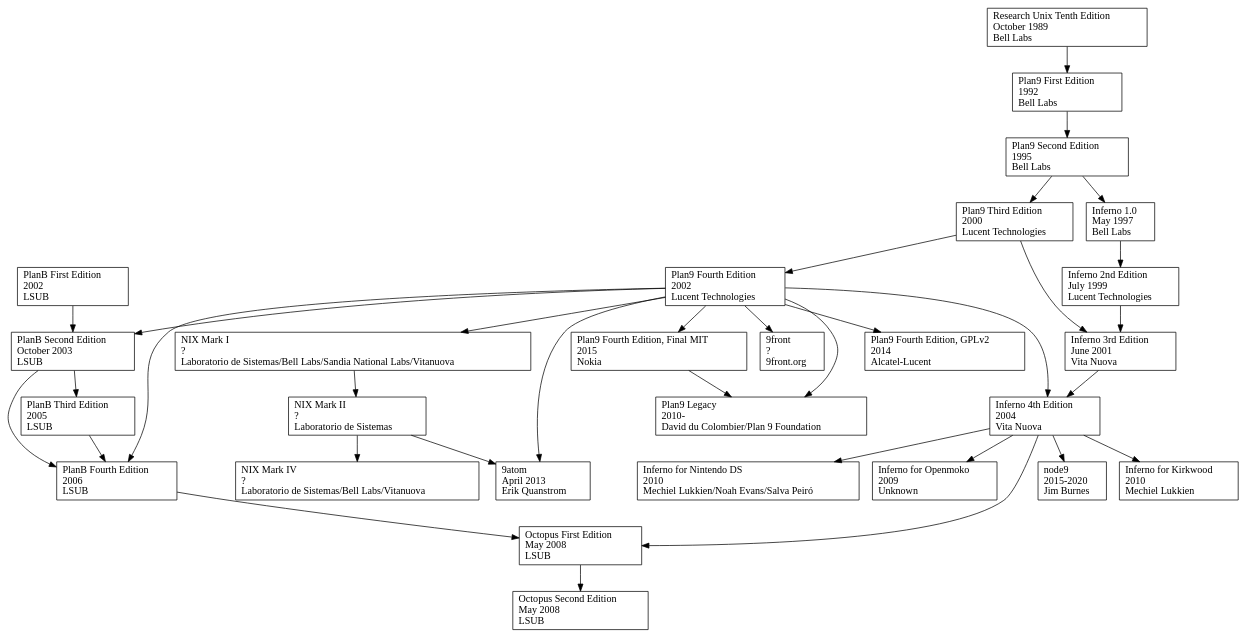
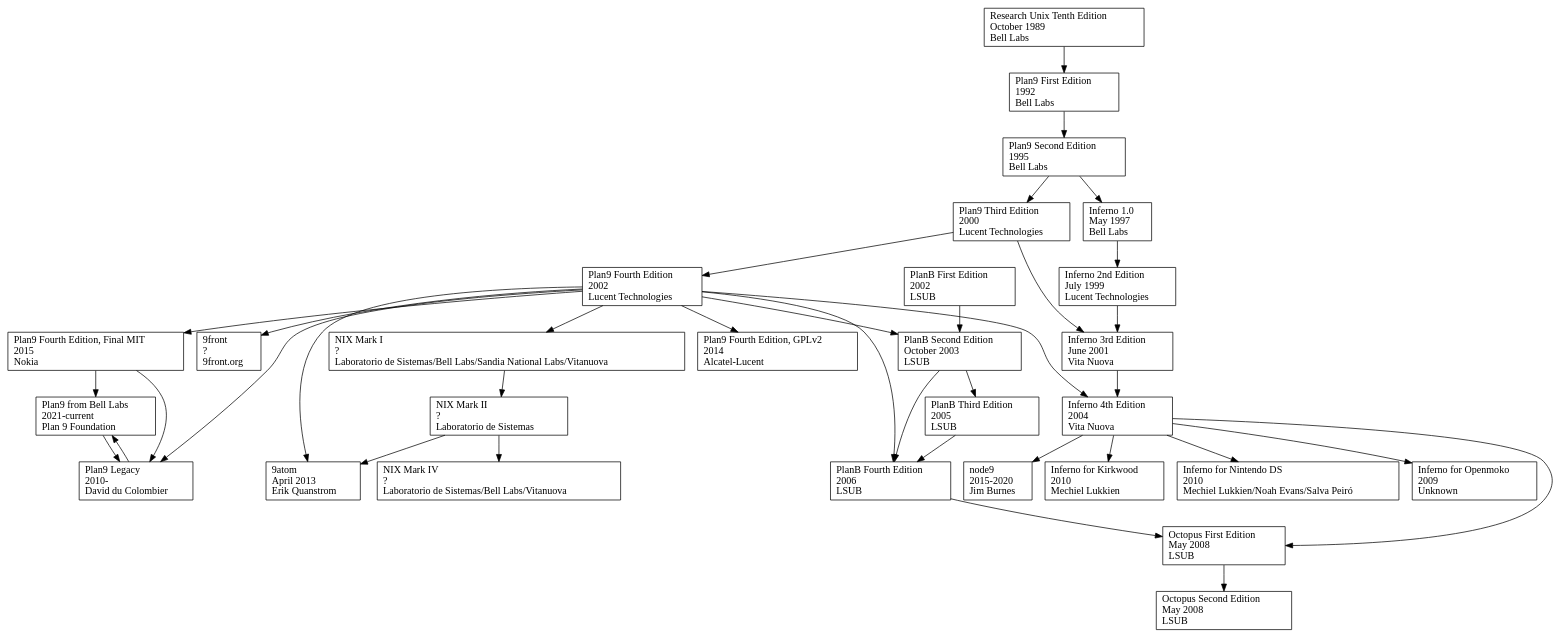
The diagram in plan9.dot (da4089/plan9-history), drawn with Graphviz before and after one commit.

Commit message:
Try to describe 9p.io, 9legacy.io, and the final/MIT release.
Not sure this is really representative of reality yet.

```diff
--- a/plan9.dot
+++ b/plan9.dot
@@ -1,160 +1,166 @@
 digraph D {
 
         node [shape=record];
 
         // --------------------
         // Research Unix
 
         // unix7ed [label="Research Unix Seventh Edition\lJanuary 1979\lBell Labs\l"]
         // unix8ed [label="Research Unix Eighth Edition\lFebruary 1985\lBell Labs\l"]
         // unix9ed [label="Research Unix Ninth Edition\lSeptember 1986\lBell Labs\l"]
         unix10ed [label="Research Unix Tenth Edition\lOctober 1989\lBell Labs\l"]
 
         // --------------------
         // Plan 9 from Bell Labs
 
         p91ed [label="Plan9 First Edition\l1992\lBell Labs\l"]
         p92ed [label="Plan9 Second Edition\l1995\lBell Labs\l"]
         p93ed [label="Plan9 Third Edition\l2000\lLucent Technologies\l"]
         p94ed [label="Plan9 Fourth Edition\l2002\lLucent Technologies\l"]
 
         p94ed_gpl [label="Plan9 Fourth Edition, GPLv2\l2014\lAlcatel-Lucent\l"]
-        p94ed_final [label="Plan9 Fourth Edition, Final MIT\l2015\lNokia\l"]
+        p94ed_mit [label="Plan9 Fourth Edition, Final MIT\l2015\lNokia\l"]
+
+        p9_io [label="Plan9 from Bell Labs\l2021-current\lPlan 9 Foundation\l"]
 
         // --------------------
         // 9legacy
         // originally, a set of patches against sources @ Bell Labs, maintained by David du Colombier
         // now a full distrubtion, at 9legacy.org
 
-        p9legacy [label="Plan9 Legacy\l2010-\lDavid du Colombier/Plan 9 Foundation\l"]
+        p9legacy [label="Plan9 Legacy\l2010-\lDavid du Colombier\l"]
 
 
         // --------------------
         // Plan B
         // nemo & co
 
         // 1st ed, user man tr
         planb1ed [label="PlanB First Edition\l2002\lLSUB\l"]
 
         // 2nd edition user manual, Postscript
         planb2ed [label="PlanB Second Edition\lOctober 2003\lLSUB\l"]
 
         // 3rd ed user manual, GSYC-TR-2005-04
         planb3ed [label="PlanB Third Edition\l2005\lLSUB\l"]
 
         // 4th ed user manual
         // 4th ed source at https://github.com/fjballest/planb
         planb4ed [label="PlanB Fourth Edition\l2006\lLSUB\l"]
 
         // --------------------
         // Octopus
         octopus1ed [label="Octopus First Edition\lMay 2008\lLSUB\l"]
 
         // 2nd Edition
         octopus2ed [label="Octopus Second Edition\lMay 2008\lLSUB\l"]
 
         // --------------------
         // NIX
 
         nixmk1 [label="NIX Mark I\l?\lLaboratorio de Sistemas/Bell Labs/Sandia National Labs/Vitanuova\l"]
         nixmk2 [label="NIX Mark II\l?\lLaboratorio de Sistemas\l"]
         nixmk4 [label="NIX Mark IV\l?\lLaboratorio de Sistemas/Bell Labs/Vitanuova\l"]
 
         // --------------------
         // 9atom
 
         p9atom [label="9atom\lApril 2013\lErik Quanstrom\l"]
 
         // --------------------
         // 9front
 
         p9front [label="9front\l?\l9front.org\l"]
 
         // --------------------
         // node9
 
         node9 [label="node9\l2015-2020\lJim Burnes\l"]
 
         // --------------------
         // Inferno
 
         inferno1ed [label="Inferno 1.0\lMay 1997\lBell Labs\l"]
         inferno2ed [label="Inferno 2nd Edition\lJuly 1999\lLucent Technologies\l"]
         inferno3ed [label="Inferno 3rd Edition\lJune 2001\lVita Nuova\l"]
         inferno4ed [label="Inferno 4th Edition\l2004\lVita Nuova\l"]
 
         // --------------------
         // Inferno for Sheevaplug (Marvell Kirkwood)
         // https://github.com/mjl-/inferno-kirkwood
 
         inferno_kirkwood [label="Inferno for Kirkwood\l2010\lMechiel Lukkien\l"]
 
         // --------------------
         // Inferno for Nintendo DS
 
 
         inferno_ds [label="Inferno for Nintendo DS\l2010\lMechiel Lukkien/Noah Evans/Salva Peiró\l"]
 
         // --------------------
         // Inferno for Nintendo DS
         // https://github.com/Plan9-Archive/inferno-openmoko
 
         inferno_openmoko [label="Inferno for Openmoko\l2009\lUnknown\l"]
 
 
 
         // unix7ed       -> unix8ed
         // unix8ed       -> unix9ed
         // unix9ed       -> unix10ed
         unix10ed      -> p91ed
 
         p91ed         -> p92ed
         p92ed         -> p93ed
         p93ed         -> p94ed
 
         p94ed         -> p9legacy
         p94ed         -> p94ed_gpl
-        p94ed         -> p94ed_final
+        p94ed         -> p94ed_mit
 
-        p94ed_final   -> p9legacy
+        p94ed_mit     -> p9legacy
+        p94ed_mit     -> p9_io
+
+        p9_io         -> p9legacy
+        p9legacy      -> p9_io
 
         p92ed         -> inferno1ed
         inferno1ed    -> inferno2ed
         inferno2ed    -> inferno3ed
         p93ed         -> inferno3ed
         inferno3ed    -> inferno4ed
         p94ed         -> inferno4ed
 
         // PlanB 1ed not based on Plan9 (says nemo)
 
         // PlanB 2ed based on Plan9 4ed (says nemo)
         planb1ed      -> planb2ed
         p94ed         -> planb2ed
 
         planb2ed      -> planb3ed
 
         planb2ed      -> planb4ed
         planb3ed      -> planb4ed
         p94ed         -> planb4ed
 
         planb4ed      -> octopus1ed
         inferno4ed    -> octopus1ed
         octopus1ed    -> octopus2ed
 
         p94ed         -> nixmk1
         nixmk1        -> nixmk2
         nixmk2        -> nixmk4
 
         nixmk2        -> p9atom
         p94ed         -> p9atom
 
         p94ed         -> p9front
 
         inferno4ed    -> node9
 
         inferno4ed    -> inferno_kirkwood
 
         inferno4ed    -> inferno_ds
 
         inferno4ed    -> inferno_openmoko
 }
```
